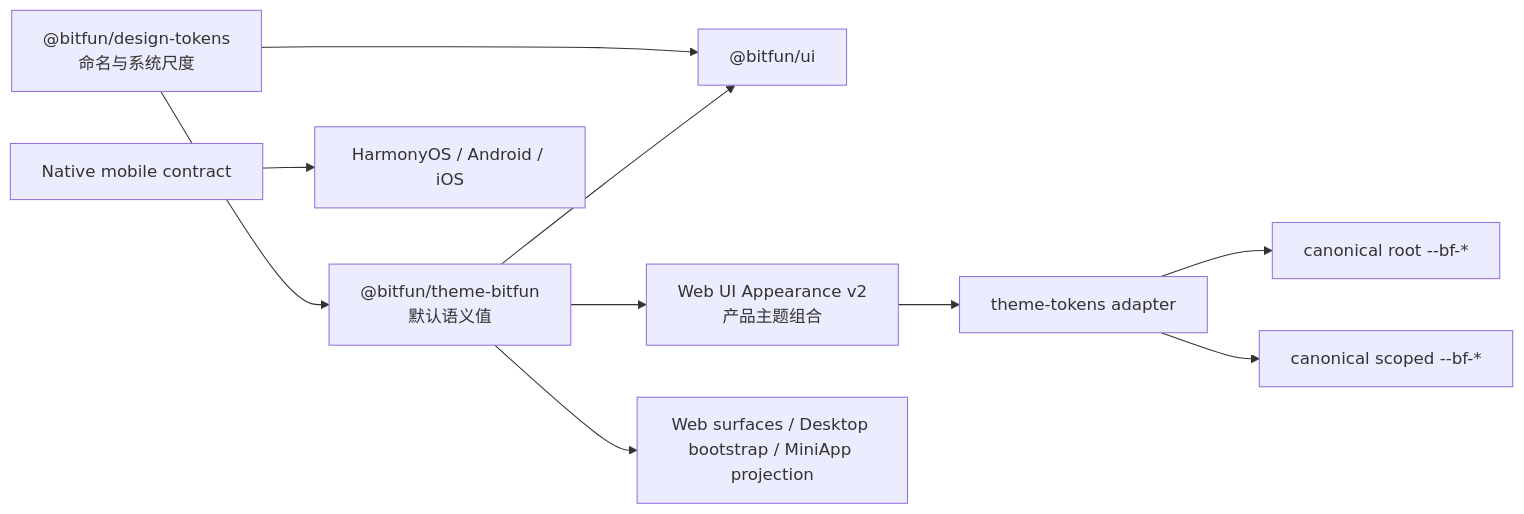
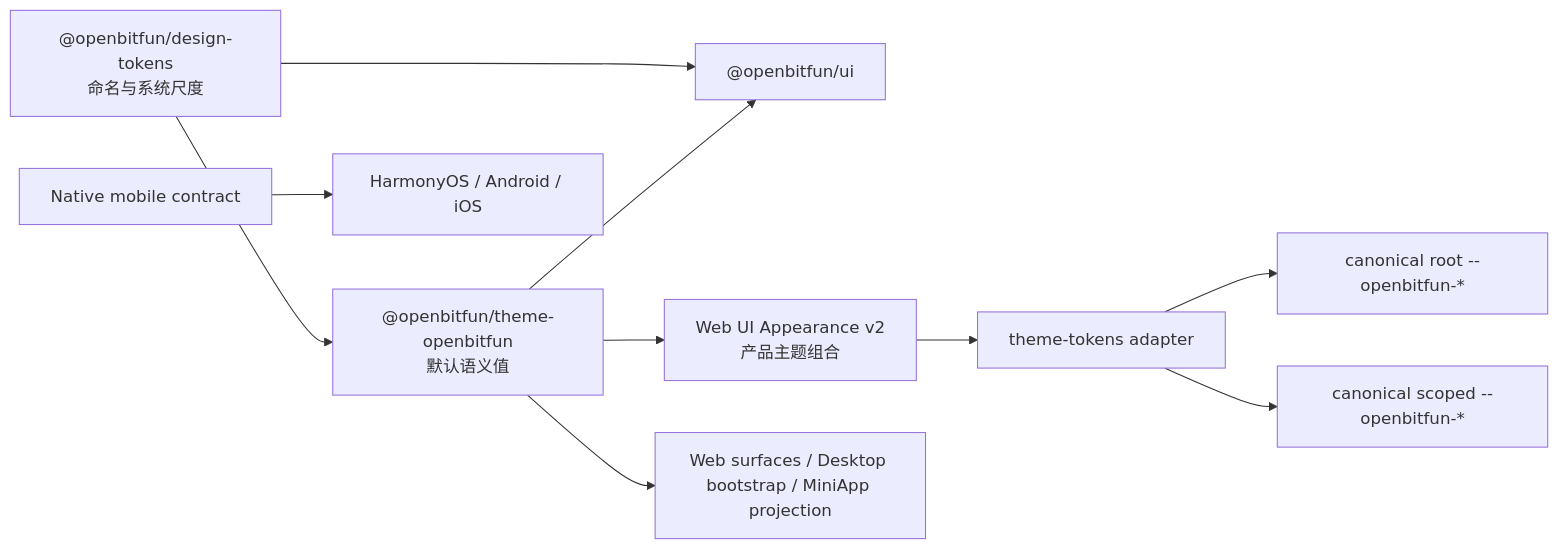
Before and after one commit to 1688mengdie/BitFun: the diagram in docs/architecture/theme-token-optimization.md, drawn with Mermaid. The commit also changed other lines of this file and 4651 other files, not shown here.

````diff
--- a/docs/architecture/theme-token-optimization.md
+++ b/docs/architecture/theme-token-optimization.md
@@ -35,12 +35,12 @@
 ```mermaid
 flowchart LR
-  System["@bitfun/design-tokens<br/>命名与系统尺度"] --> Theme["@bitfun/theme-bitfun<br/>默认语义值"]
-  System --> UI["@bitfun/ui"]
+  System["@openbitfun/design-tokens<br/>命名与系统尺度"] --> Theme["@openbitfun/theme-openbitfun<br/>默认语义值"]
+  System --> UI["@openbitfun/ui"]
   Theme --> UI
   Theme --> Appearance["Web UI Appearance v2<br/>产品主题组合"]
   Appearance --> Runtime["theme-tokens adapter"]
-  Runtime --> Root["canonical root --bf-*"]
-  Runtime --> Scope["canonical scoped --bf-*"]
+  Runtime --> Root["canonical root --openbitfun-*"]
+  Runtime --> Scope["canonical scoped --openbitfun-*"]
   Theme --> Surfaces["Web surfaces / Desktop bootstrap / MiniApp projection"]
   Mobile["Native mobile contract"] --> Native["HarmonyOS / Android / iOS"]
 ```
````
